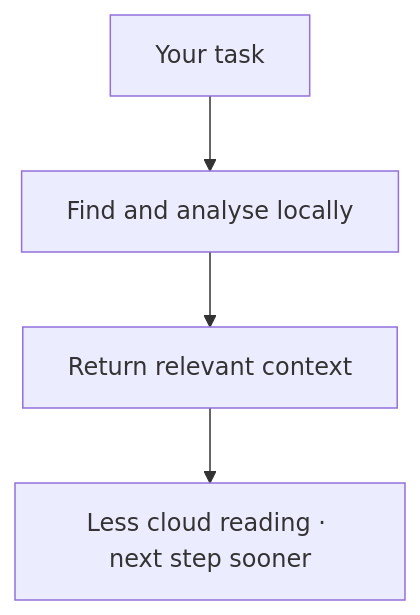
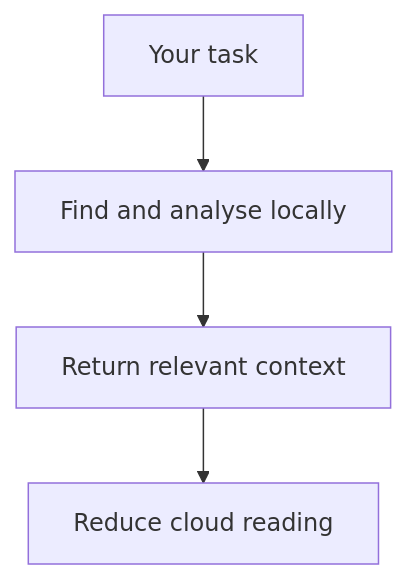
One commit to MrAliev/local-ai-toolkit changed the diagram in docs/wiki/Home.md. Above: the diagram before and after it, drawn with Mermaid. The commit also changed other lines of this file and 14 other files, not shown here.

````diff
--- a/docs/wiki/Home.md
+++ b/docs/wiki/Home.md
@@ -22,6 +17,6 @@
 ```mermaid
 flowchart TB
   intent["Your task"] --> context["Find and analyse locally"]
   context --> evidence["Return relevant context"]
-  evidence --> decision["Less cloud reading · next step sooner"]
+  evidence --> decision["Reduce cloud reading"]
 ```
````
